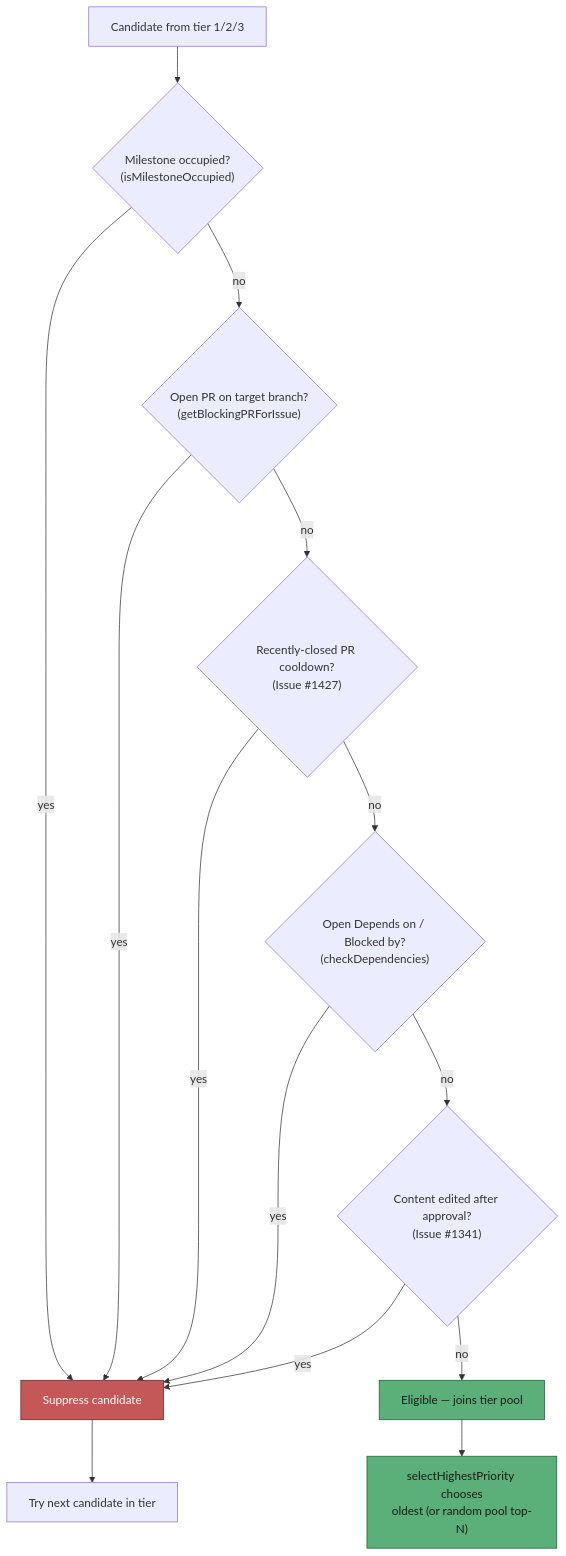
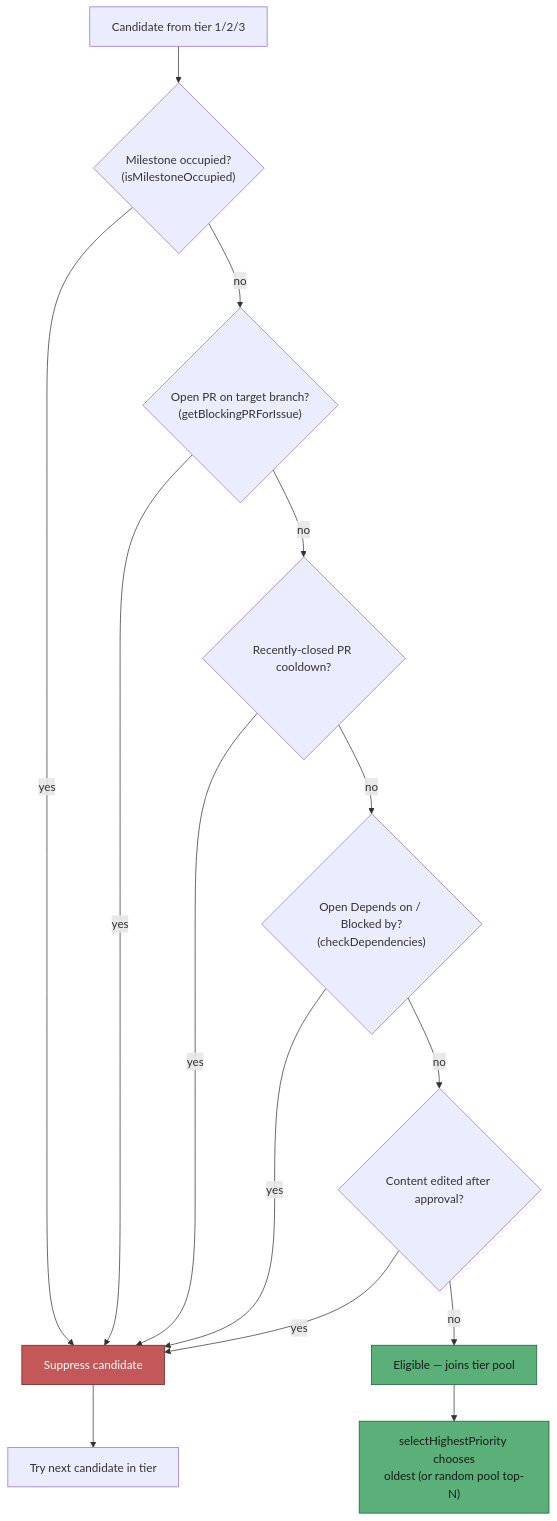
The third of 8 diagrams in docs/workflows/issue-processing.md (stSoftwareAU/VibeCoder), drawn with Mermaid before and after one commit. The commit also changed other lines of this file and 291 other files, not shown here.

````diff
--- a/docs/workflows/issue-processing.md
+++ b/docs/workflows/issue-processing.md
@@ -121,19 +121,19 @@
 ```mermaid
 flowchart TD
     Cand["Candidate from tier 1/2/3"] --> S1{"Milestone occupied?<br/>(isMilestoneOccupied)"}
     S1 -- yes --> Skip["Suppress candidate"]
     S1 -- no --> S2{"Open PR on target branch?<br/>(getBlockingPRForIssue)"}
     S2 -- yes --> Skip
-    S2 -- no --> S3{"Recently-closed PR cooldown?<br/>(Issue #1427)"}
+    S2 -- no --> S3{"Recently-closed PR cooldown?<br/>"}
     S3 -- yes --> Skip
     S3 -- no --> S4{"Open Depends on / Blocked by?<br/>(checkDependencies)"}
     S4 -- yes --> Skip
-    S4 -- no --> S5{"Content edited after approval?<br/>(Issue #1341)"}
+    S4 -- no --> S5{"Content edited after approval?<br/>"}
     S5 -- yes --> Skip
     S5 -- no --> Eligible["Eligible — joins tier pool"]
     Skip --> Next["Try next candidate in tier"]
     Eligible --> Pick["selectHighestPriority chooses<br/>oldest (or random pool top-N)"]
     style Skip fill:#c45858,stroke:#6b2020,color:#fff
     style Eligible fill:#5ab078,stroke:#1d5a35,color:#1a1a1a
     style Pick fill:#5ab078,stroke:#1d5a35,color:#1a1a1a
 ```
````
